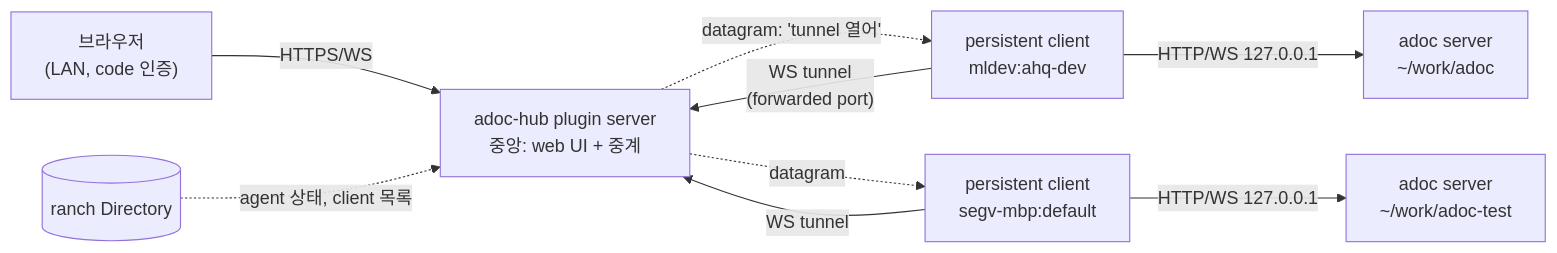
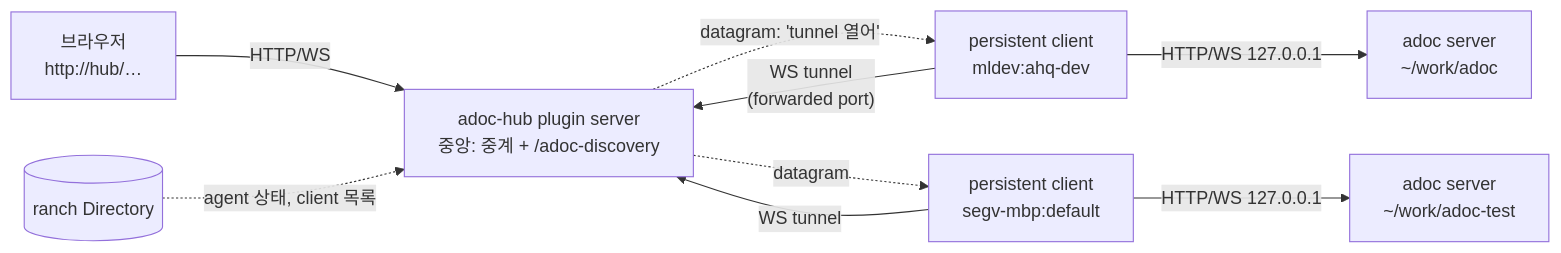
One commit to dirty49374/adoc changed the diagram in docs/notes/NOTE-261002-ranch-adoc-hub.md. Above: the diagram before and after it, drawn with Mermaid. The commit also changed other lines of this file and 1 other file, not shown here.

First line of the commit message:
NOTE-261002-ranch-adoc-hub: hub remaps each adoc under /<host>/ with /adoc-discovery, code approval on the plugin status screen; local switching dropped (NOTE-261002-workspace-switching MOVED)

````diff
--- a/docs/notes/NOTE-261002-ranch-adoc-hub.md
+++ b/docs/notes/NOTE-261002-ranch-adoc-hub.md
@@ -29,11 +29,11 @@
 ```mermaid
 flowchart LR
-  B["브라우저<br/>(LAN, code 인증)"] -->|HTTPS/WS| H["adoc-hub plugin server<br/>중앙: web UI + 중계"]
+  B["브라우저<br/>http://hub/…"] -->|"HTTP/WS"| H["adoc-hub plugin server<br/>중앙: 중계 + /adoc-discovery"]
   C1["persistent client<br/>mldev:ahq-dev"] -->|"WS tunnel<br/>(forwarded port)"| H
   C2["persistent client<br/>segv-mbp:default"] -->|"WS tunnel"| H
   H -.datagram: 'tunnel 열어'.-> C1
   H -.datagram.-> C2
   C1 -->|"HTTP/WS 127.0.0.1"| A1["adoc server<br/>~/work/adoc"]
   C2 -->|"HTTP/WS 127.0.0.1"| A3["adoc server<br/>~/work/adoc-test"]
   D[(ranch Directory)] -.agent 상태, client 목록.-> H
 ```
````
